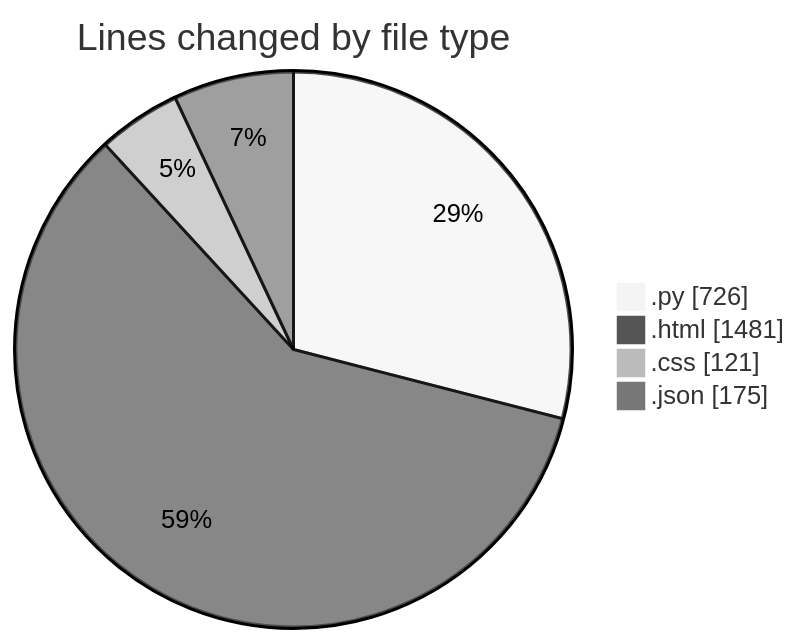
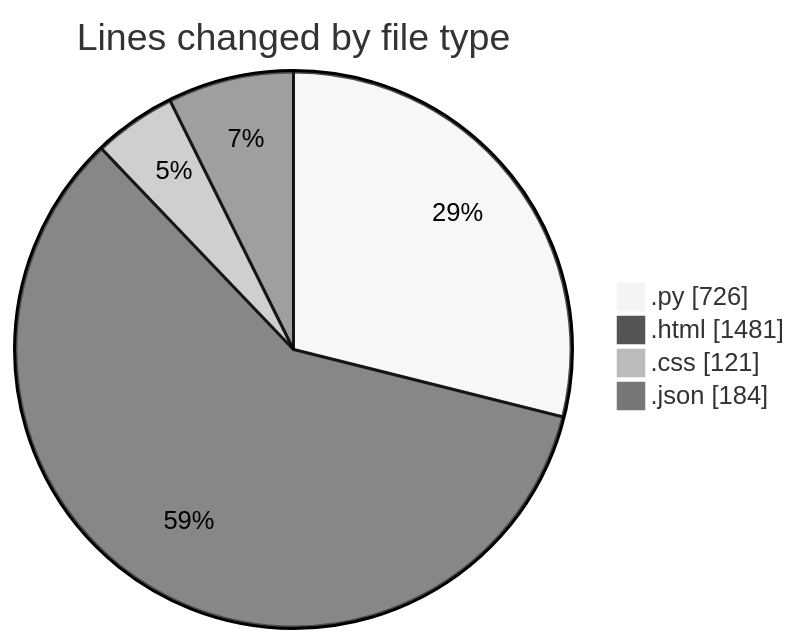
One commit to Elitesun/code-tracking changed the first of 2 diagrams in 2025-01-31/flask/README.md. Above: the diagram before and after it, drawn with Mermaid (neutral theme). The commit also changed other lines of this file and 1 other file, not shown here.

````diff
--- a/2025-01-31/flask/README.md
+++ b/2025-01-31/flask/README.md
@@ -27,8 +27,8 @@
 ```mermaid
 pie showData
 title Lines changed by file type
 ".py" : 726
 ".html" : 1481
 ".css" : 121
-".json" : 175
+".json" : 184
 ```
````
